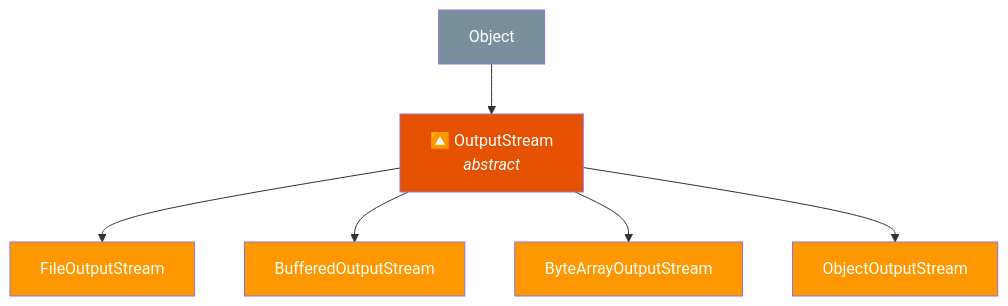
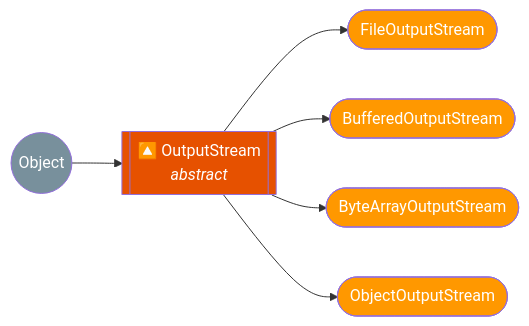
One commit to saivamsikaruturi/vamsilabs-dev-notes-main changed the fifth of 5 diagrams in docs/java/FileHandling.md. Above: the diagram before and after it, drawn with Mermaid. The commit also changed other lines of this file and 146 other files, not shown here.

Commit message:
Horizontal diagrams, UML class diagrams, typography overhaul, and permalink cleanup

````diff
--- a/docs/java/FileHandling.md
+++ b/docs/java/FileHandling.md
@@ -442,15 +442,15 @@
 ```mermaid
-graph TD
-    O4["Object"] --> OutStr["🔼 OutputStream<br/><i>abstract</i>"]
-    OutStr --> FOS2["FileOutputStream"]
-    OutStr --> BOS2["BufferedOutputStream"]
-    OutStr --> BAOS["ByteArrayOutputStream"]
-    OutStr --> OOS["ObjectOutputStream"]
+flowchart LR
+    O4(("Object")) --> OutStr[["🔼 OutputStream<br/><i>abstract</i>"]]
+    OutStr --> FOS2(["FileOutputStream"])
+    OutStr --> BOS2(["BufferedOutputStream"])
+    OutStr --> BAOS(["ByteArrayOutputStream"])
+    OutStr --> OOS(["ObjectOutputStream"])
 
     style O4 fill:#78909C,color:#fff
     style OutStr fill:#E65100,color:#fff
     style FOS2 fill:#FF9800,color:#fff
     style BOS2 fill:#FF9800,color:#fff
     style BAOS fill:#FF9800,color:#fff
     style OOS fill:#FF9800,color:#fff
 ```
````
